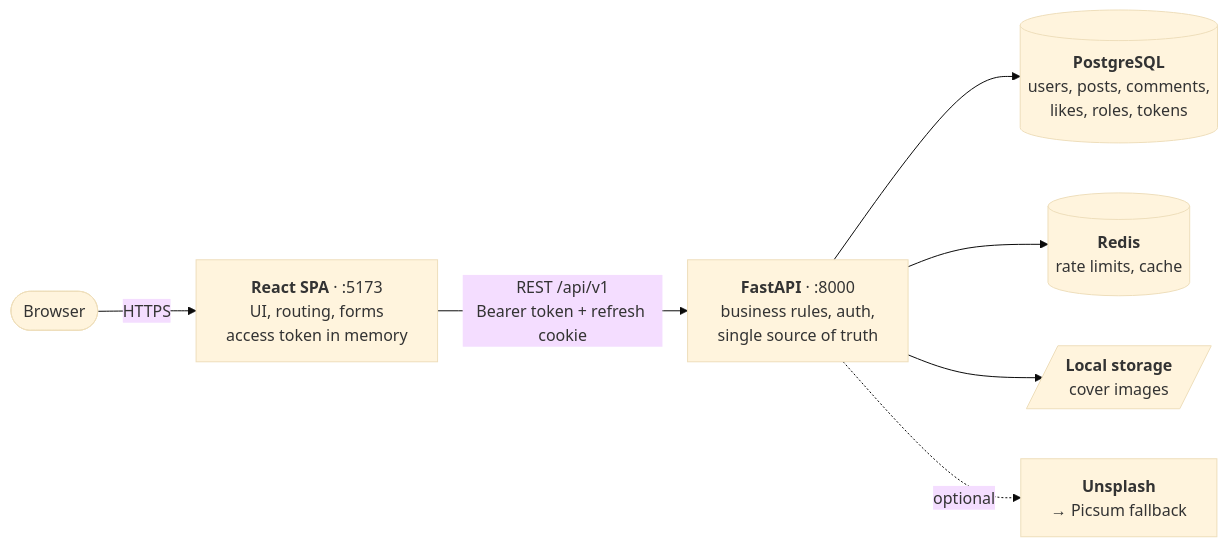
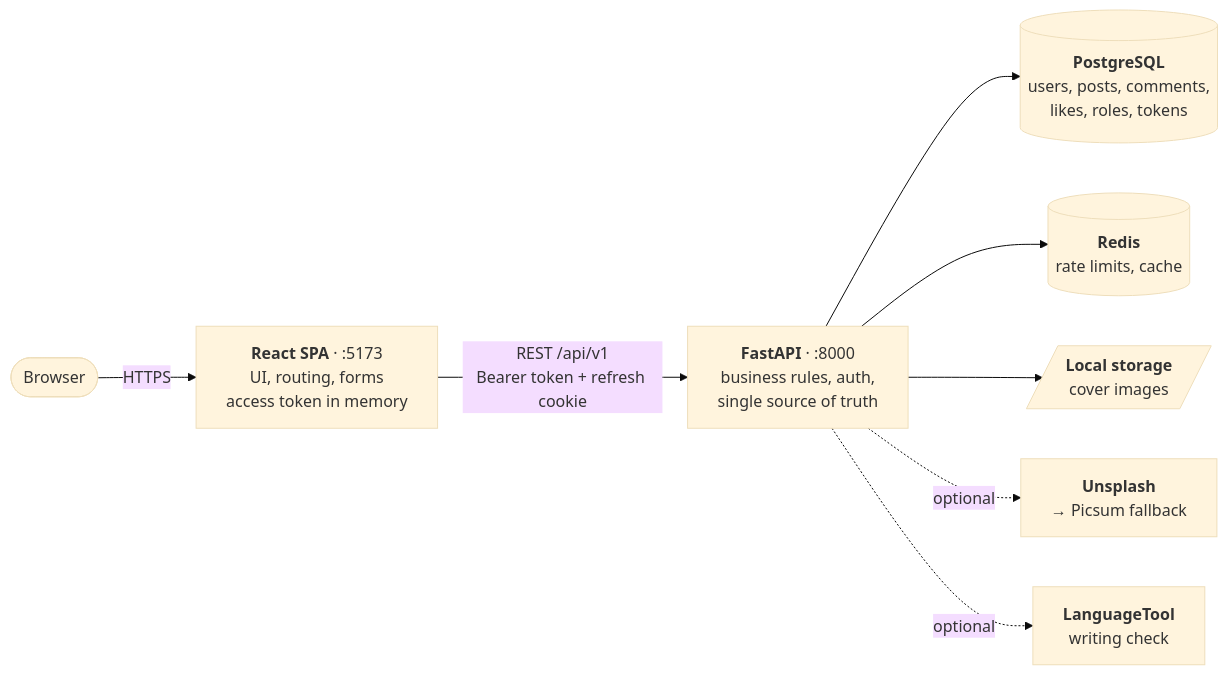
Before and after one commit to mr-laboratory/nebula: the first of 21 diagrams in docs/architecture.md, drawn with Mermaid (base theme). The commit also changed other lines of this file and 4 other files, not shown here.

Commit message:
docs: import, export and writing check

````diff
--- a/docs/architecture.md
+++ b/docs/architecture.md
@@ -7,9 +7,10 @@
 ```mermaid
 flowchart LR
     U([Browser]) -->|HTTPS| FE["<b>React SPA</b> · :5173<br/>UI, routing, forms<br/>access token in memory"]
     FE -->|"REST /api/v1<br/>Bearer token + refresh cookie"| API["<b>FastAPI</b> · :8000<br/>business rules, auth,<br/>single source of truth"]
     API --> PG[("<b>PostgreSQL</b><br/>users, posts, comments,<br/>likes, roles, tokens")]
     API --> RD[("<b>Redis</b><br/>rate limits, cache")]
     API --> FS[/"<b>Local storage</b><br/>cover images"/]
     API -.->|optional| UN["<b>Unsplash</b><br/>→ Picsum fallback"]
+    API -.->|optional| LT["<b>LanguageTool</b><br/>writing check"]
 ```
````
